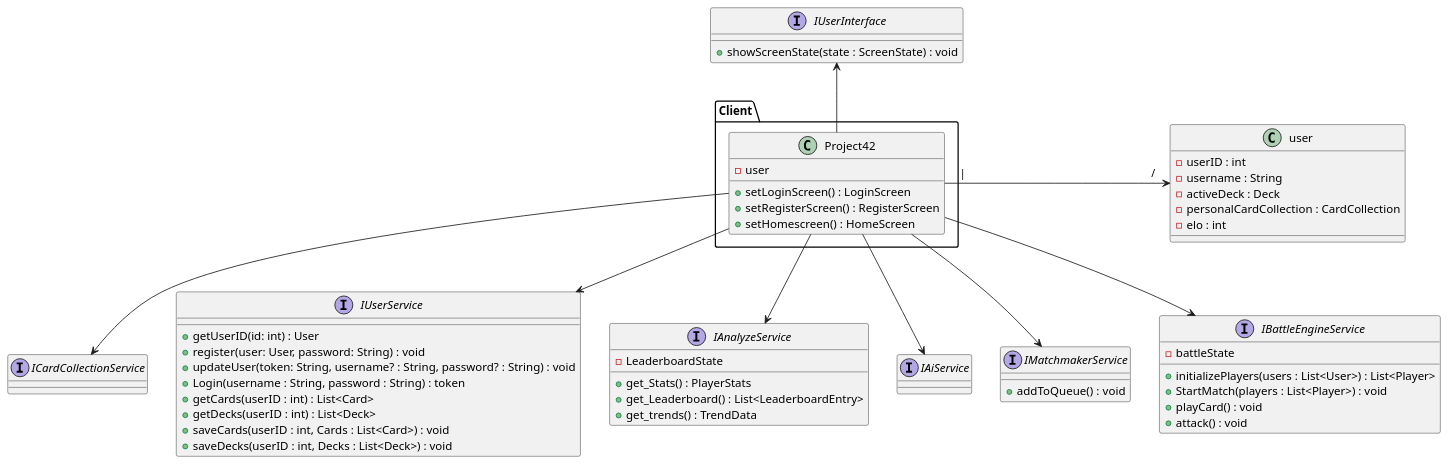
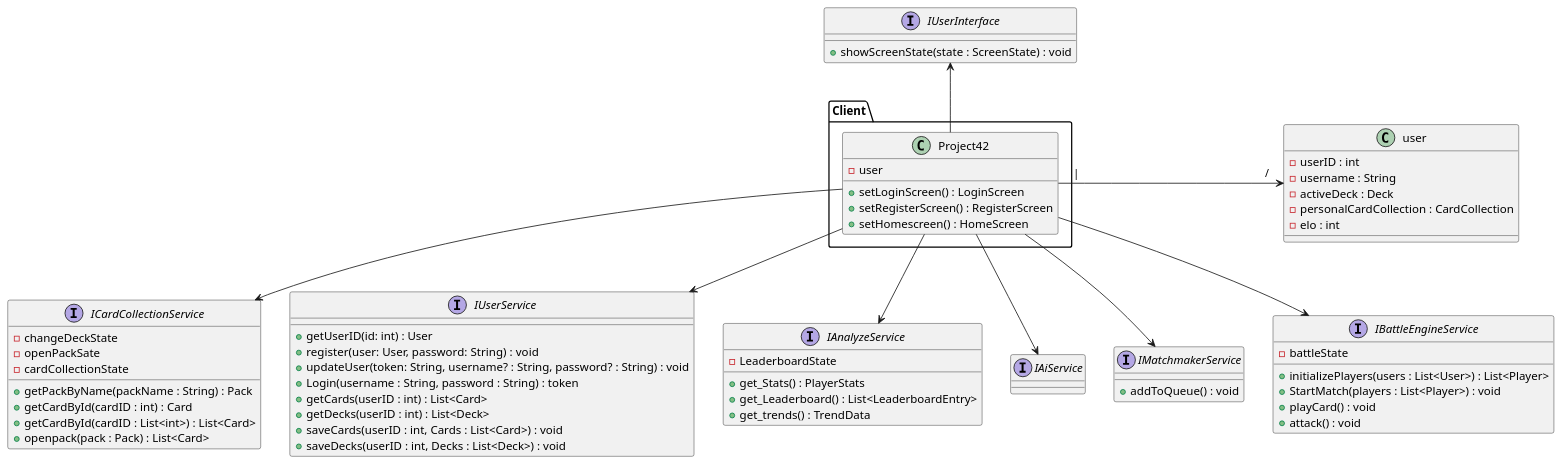
Before and after one commit to RobKokx/diagrammen-SAD-Pinc: the diagram in implementation view/overviewInterfaces.puml, drawn with PlantUML.

```diff
--- a/implementation view/overviewInterfaces.puml
+++ b/implementation view/overviewInterfaces.puml
@@ -1,64 +1,73 @@
 @startuml
 
 interface "IUserInterface" as UI{
 +showScreenState(state : ScreenState) : void
 }
 
 package Client{
 class "Project42" as client{
 - user
 +setLoginScreen() : LoginScreen
 +setRegisterScreen() : RegisterScreen
 +setHomescreen() : HomeScreen
 
 }
 }
 
-interface "ICardCollectionService" as CCS{}
+interface "ICardCollectionService" as CCS{
+-changeDeckState
+-openPackSate
+-cardCollectionState
++getPackByName(packName : String) : Pack
++getCardById(cardID : int) : Card
++getCardById(cardID : List<int>) : List<Card>
++openpack(pack : Pack) : List<Card>
+}
+
 interface "IUserService" as US{
 +getUserID(id: int) : User
 +register(user: User, password: String) : void
 +updateUser(token: String, username? : String, password? : String) : void
 +Login(username : String, password : String) : token
 +getCards(userID : int) : List<Card>
 +getDecks(userID : int) : List<Deck>
 +saveCards(userID : int, Cards : List<Card>) : void
 +saveDecks(userID : int, Decks : List<Deck>) : void
 }
 interface "IAnalyzeService" as AS{
 -LeaderboardState
 +get_Stats() : PlayerStats
 +get_Leaderboard() : List<LeaderboardEntry>
 +get_trends() : TrendData
 }
 interface "IAiService" as AiS{}
 interface "IMatchmakerService" as MS{
 +addToQueue() : void
 }
 interface "IBattleEngineService" as BES{
 -battleState
 +initializePlayers(users : List<User>) : List<Player>
 +StartMatch(players : List<Player>) : void
 +playCard() : void
 +attack() : void
 }
 
 class user{
  - userID : int
  - username : String
  - activeDeck : Deck
  - personalCardCollection : CardCollection
  - elo : int
 }
 
 client -> user : |                                                                   /
 client --> CCS
 client --> US
 client --> AS
 client --> AiS
 client --> MS
 client --> BES
 UI <-- client
 
 
 @enduml
```
